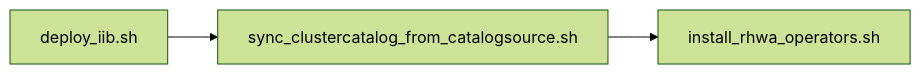
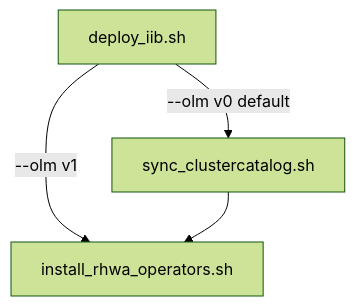
Before and after one commit to medik8s/tools: the diagram in docs/rhwa_cluster_setup_workflow.md, drawn with Mermaid (forest theme). The commit also changed other lines of this file and 4 other files, not shown here.

First line of the commit message:
Add OLM v1 support to deploy_iib.sh

````diff
--- a/docs/rhwa_cluster_setup_workflow.md
+++ b/docs/rhwa_cluster_setup_workflow.md
@@ -7,5 +7,6 @@
 ```mermaid
-flowchart LR
-  A[deploy_iib.sh] --> B[sync_clustercatalog_from_catalogsource.sh]
-  B --> C[install_rhwa_operators.sh]
+flowchart TD
+  A[deploy_iib.sh] -->|--olm v0 default| B[sync_clustercatalog.sh]
+  A -->|--olm v1| C[install_rhwa_operators.sh]
+  B --> C
 ```
````
